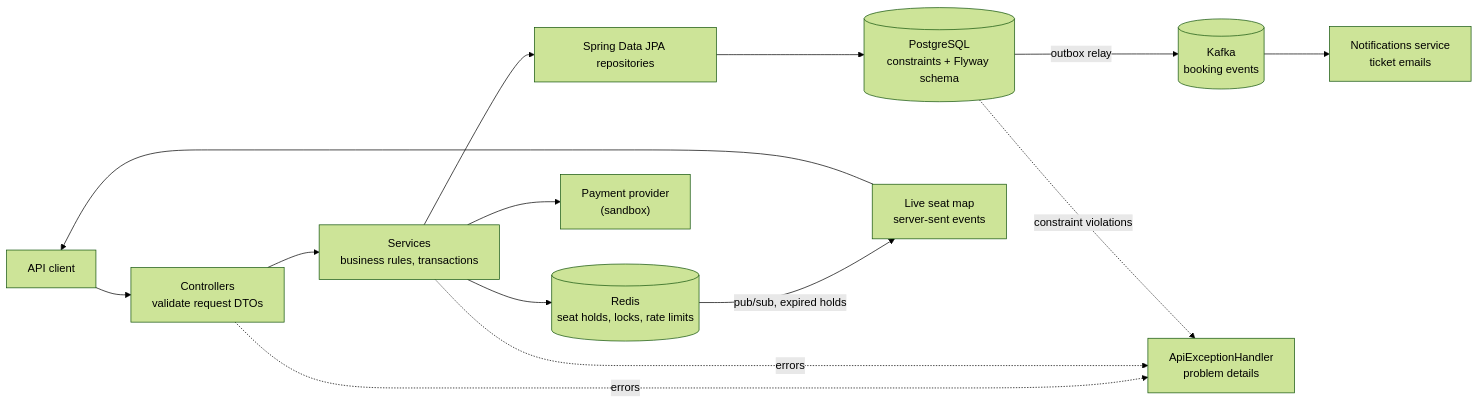
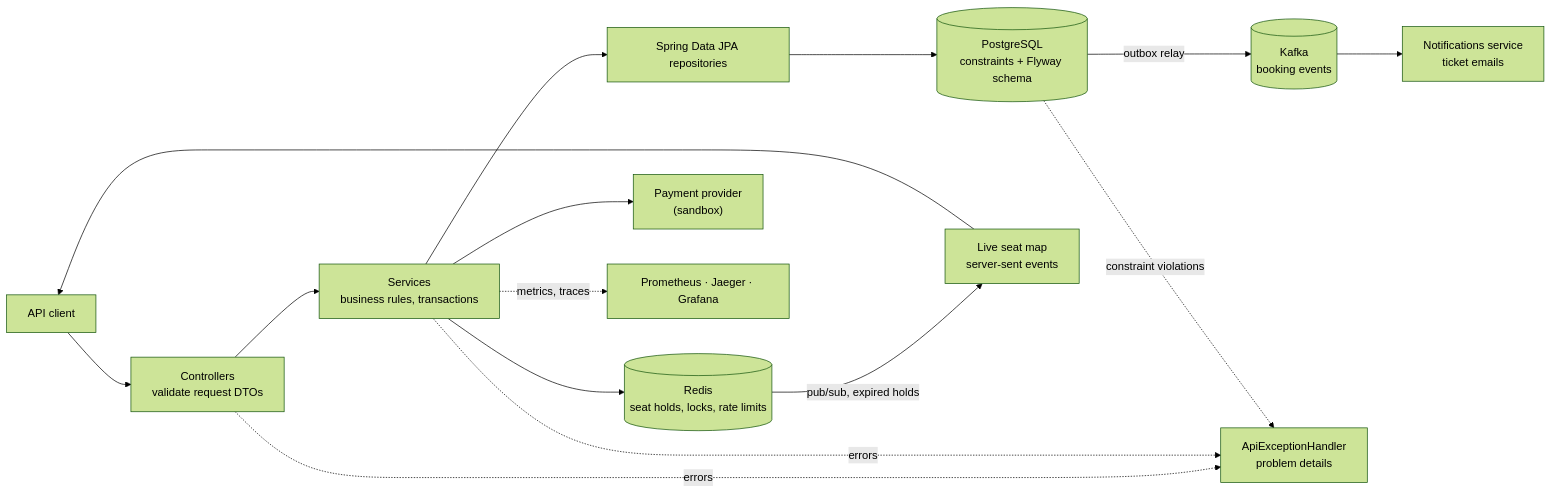
The first of 5 diagrams in backend/README.md (antoniosifov/popcorn-palace), drawn with Mermaid (forest theme) before and after one commit. The commit also changed other lines of this file and 2 other files, not shown here.

````diff
--- a/backend/README.md
+++ b/backend/README.md
@@ -28,16 +29,17 @@
 ```mermaid
 flowchart LR
     Client["API client"] --> Controller["Controllers<br/>validate request DTOs"]
     Controller --> Service["Services<br/>business rules, transactions"]
     Service --> Repository["Spring Data JPA repositories"]
     Repository --> Database[("PostgreSQL<br/>constraints + Flyway schema")]
     Service --> Redis[("Redis<br/>seat holds, locks, rate limits")]
     Service --> Provider["Payment provider<br/>(sandbox)"]
     Database -- outbox relay --> Kafka[("Kafka<br/>booking events")]
     Kafka --> Notifications["Notifications service<br/>ticket emails"]
     Redis -- pub/sub, expired holds --> Stream["Live seat map<br/>server-sent events"]
     Stream --> Client
+    Service -. metrics, traces .-> Watch["Prometheus · Jaeger · Grafana"]
     Controller -. errors .-> Handler["ApiExceptionHandler<br/>problem details"]
     Service -. errors .-> Handler
     Database -. constraint violations .-> Handler
 ```
````
